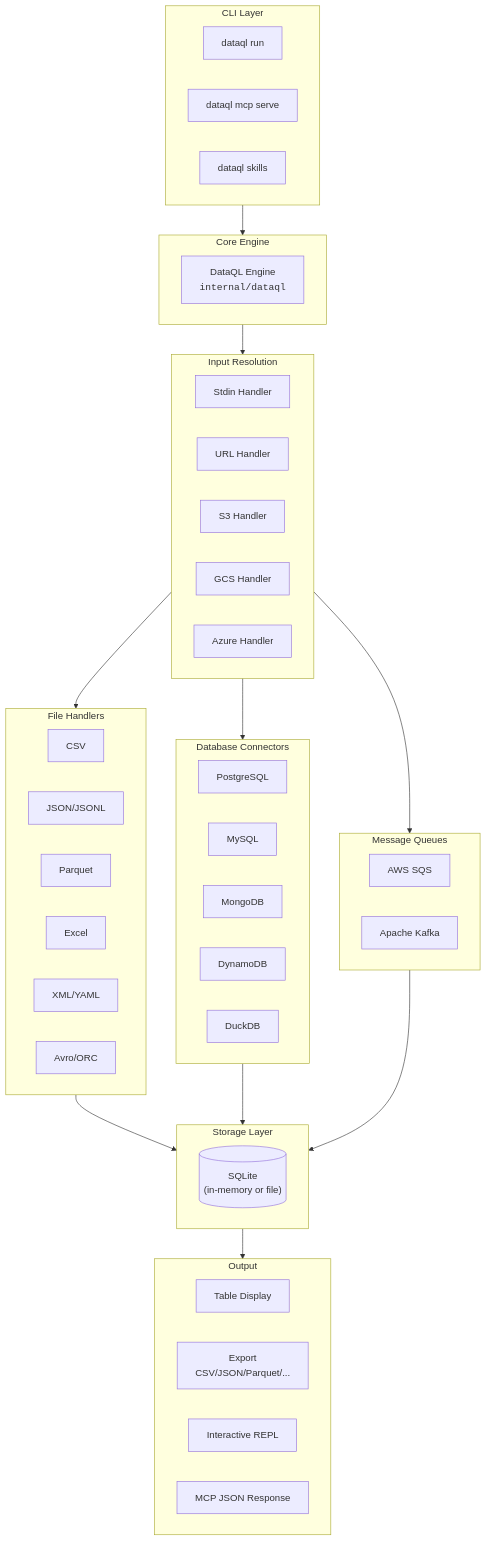
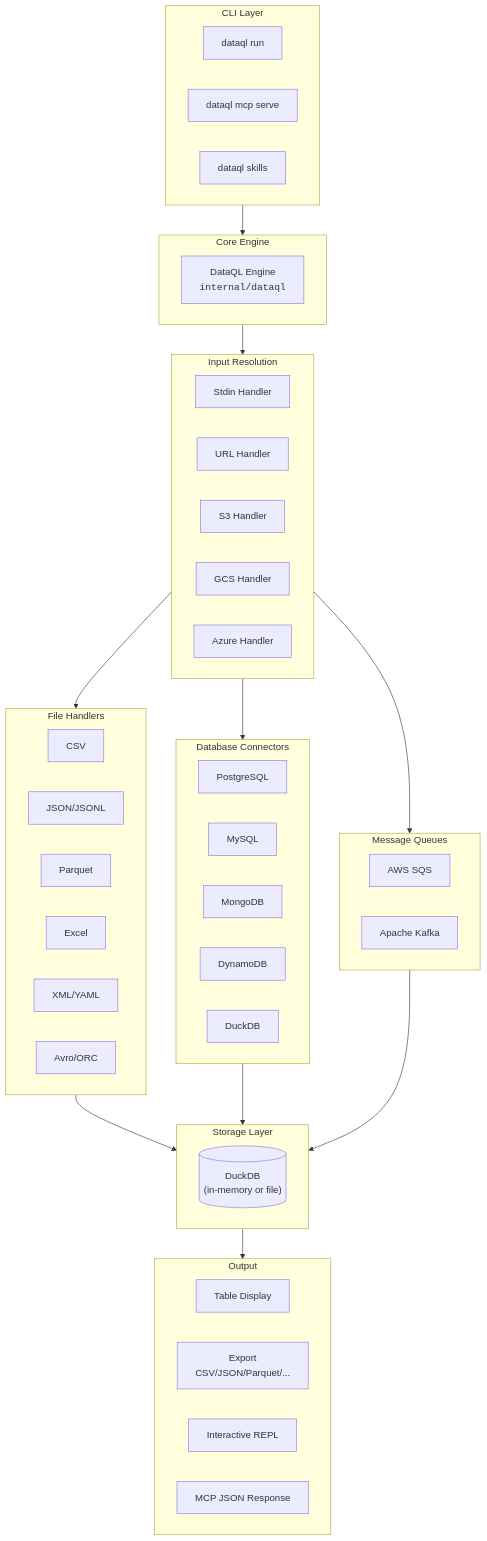
One commit to adrianolaselva/dataql changed the first of 6 diagrams in docs/architecture.md. Above: the diagram before and after it, drawn with Mermaid. The commit also changed other lines of this file and 32 other files, not shown here.

First line of the commit message:
feat: migrate storage engine from SQLite to DuckDB

````diff
--- a/docs/architecture.md
+++ b/docs/architecture.md
@@ -27,63 +27,63 @@
 ```mermaid
 flowchart TB
     subgraph CLI["CLI Layer"]
         RUN["dataql run"]
         MCP["dataql mcp serve"]
         SKILLS["dataql skills"]
     end
 
     subgraph CORE["Core Engine"]
         DATAQL["DataQL Engine<br/><code>internal/dataql</code>"]
     end
 
     subgraph INPUT["Input Resolution"]
         STDIN["Stdin Handler"]
         URL["URL Handler"]
         S3["S3 Handler"]
         GCS["GCS Handler"]
         AZURE["Azure Handler"]
     end
 
     subgraph HANDLERS["File Handlers"]
         CSV["CSV"]
         JSON["JSON/JSONL"]
         PARQUET["Parquet"]
         EXCEL["Excel"]
         XML["XML/YAML"]
         AVRO["Avro/ORC"]
     end
 
     subgraph CONNECTORS["Database Connectors"]
         PG["PostgreSQL"]
         MYSQL["MySQL"]
         MONGO["MongoDB"]
         DYNAMO["DynamoDB"]
         DUCK["DuckDB"]
     end
 
     subgraph MQ["Message Queues"]
         SQS["AWS SQS"]
         KAFKA["Apache Kafka"]
     end
 
     subgraph STORAGE["Storage Layer"]
-        SQLITE[("SQLite<br/>(in-memory or file)")]
+        DUCKDB[("DuckDB<br/>(in-memory or file)")]
     end
 
     subgraph OUTPUT["Output"]
         TABLE["Table Display"]
         EXPORT["Export<br/>CSV/JSON/Parquet/..."]
         REPL["Interactive REPL"]
         MCPOUT["MCP JSON Response"]
     end
 
     CLI --> CORE
     CORE --> INPUT
     INPUT --> HANDLERS
     INPUT --> CONNECTORS
     INPUT --> MQ
     HANDLERS --> STORAGE
     CONNECTORS --> STORAGE
     MQ --> STORAGE
     STORAGE --> OUTPUT
 ```
````
